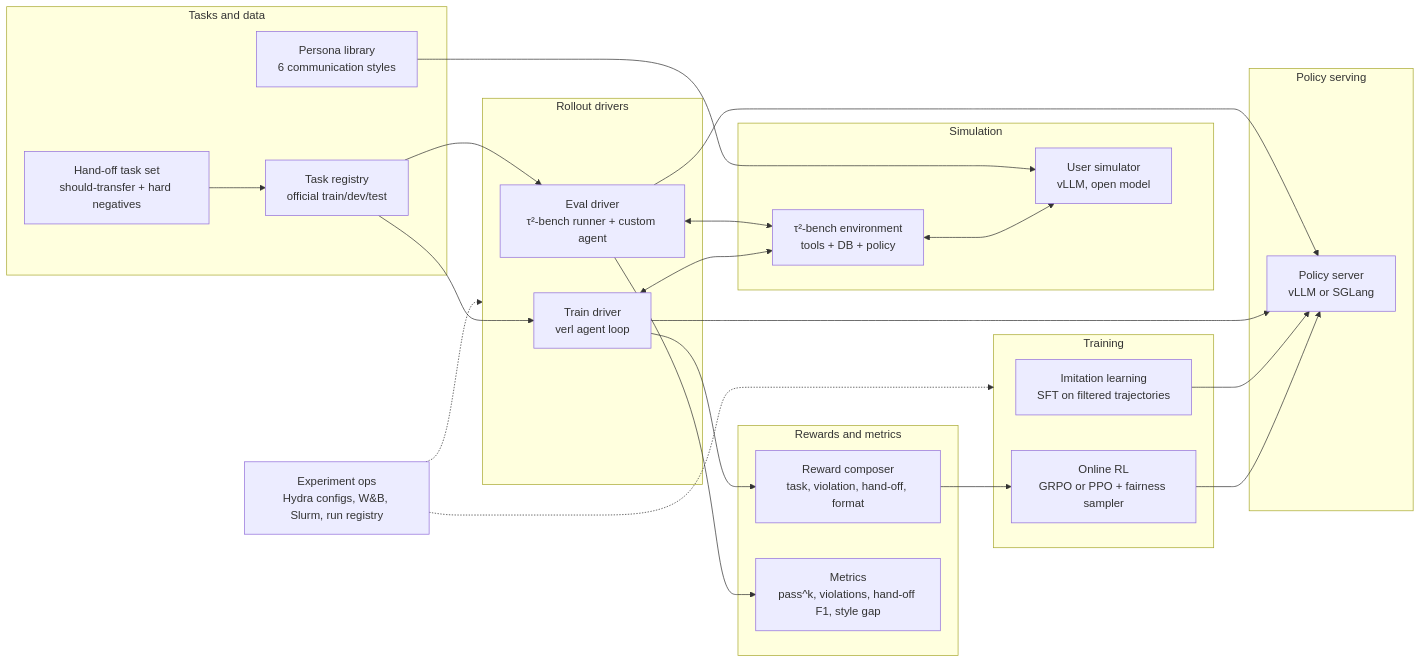
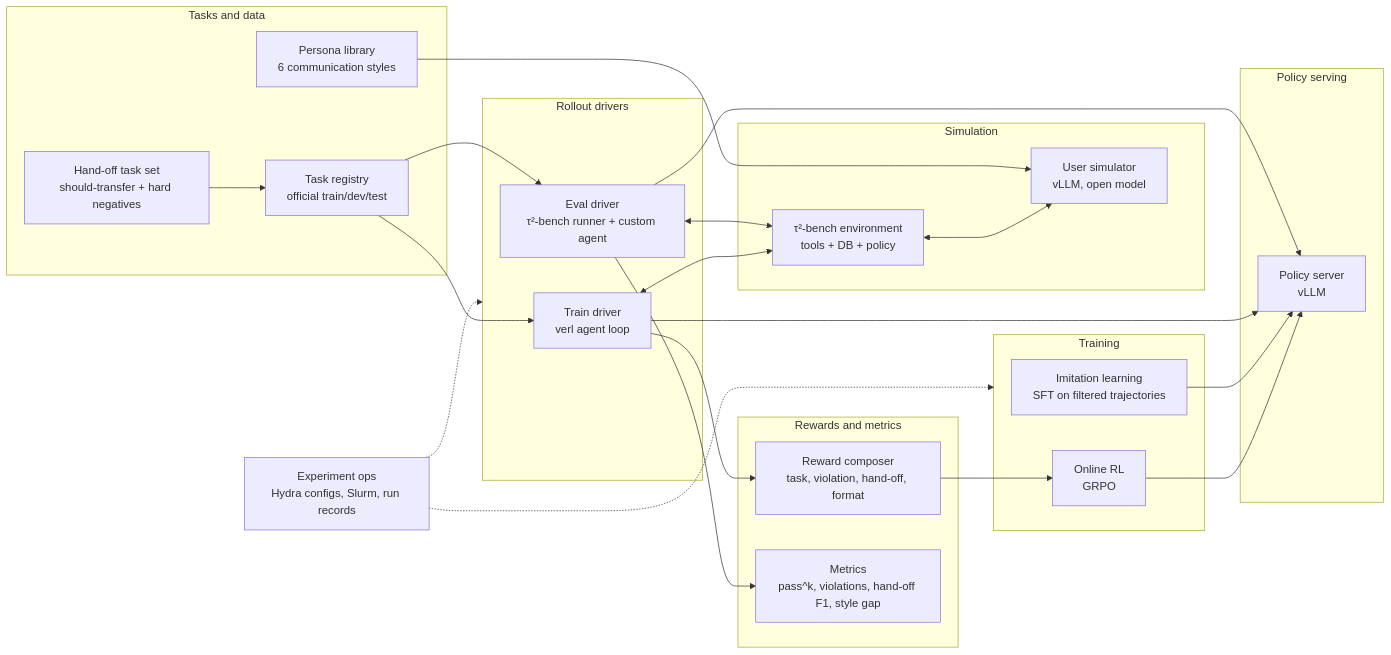
One commit to JaspinXu/KnowWhenToHandOff changed the first of 3 diagrams in README.md. Above: the diagram before and after it, drawn with Mermaid. The commit also changed other lines of this file and 6 other files, not shown here.

````diff
--- a/README.md
+++ b/README.md
@@ -233,45 +228,45 @@
 ```mermaid
 flowchart LR
   subgraph DATA["Tasks and data"]
     REG["Task registry<br/>official train/dev/test"]
     AUG["Hand-off task set<br/>should-transfer + hard negatives"]
     PER["Persona library<br/>6 communication styles"]
   end
   subgraph SIM["Simulation"]
     ENV["τ²-bench environment<br/>tools + DB + policy"]
     USR["User simulator<br/>vLLM, open model"]
   end
   subgraph POL["Policy serving"]
-    SRV["Policy server<br/>vLLM or SGLang"]
+    SRV["Policy server<br/>vLLM"]
   end
   subgraph ROLL["Rollout drivers"]
     EVD["Eval driver<br/>τ²-bench runner + custom agent"]
     TRD["Train driver<br/>verl agent loop"]
   end
   subgraph REW["Rewards and metrics"]
     RWD["Reward composer<br/>task, violation, hand-off, format"]
     MET["Metrics<br/>pass^k, violations, hand-off F1, style gap"]
   end
   subgraph TRN["Training"]
     SFT["Imitation learning<br/>SFT on filtered trajectories"]
-    RL["Online RL<br/>GRPO or PPO + fairness sampler"]
+    RL["Online RL<br/>GRPO"]
   end
-  OPS["Experiment ops<br/>Hydra configs, W&B, Slurm, run registry"]
+  OPS["Experiment ops<br/>Hydra configs, Slurm, run records"]
 
   REG --> EVD
   REG --> TRD
   AUG --> REG
   PER --> USR
   EVD <--> ENV
   TRD <--> ENV
   ENV <--> USR
   EVD --> SRV
   TRD --> SRV
   EVD --> MET
   TRD --> RWD
   RWD --> RL
   SFT --> SRV
   RL --> SRV
   OPS -.-> TRN
   OPS -.-> ROLL
 ```
````
